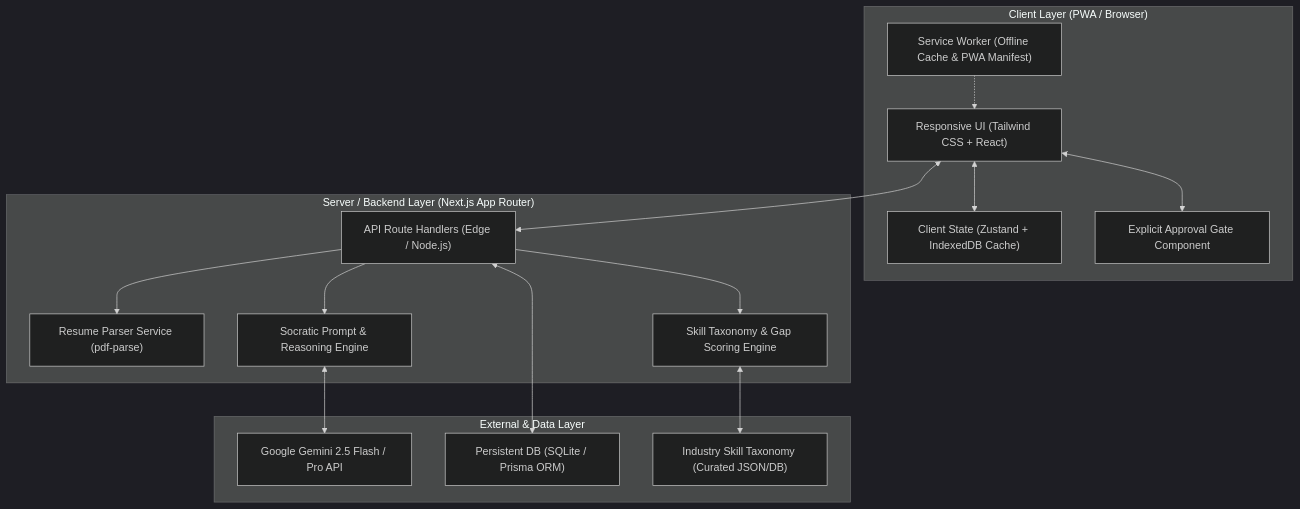
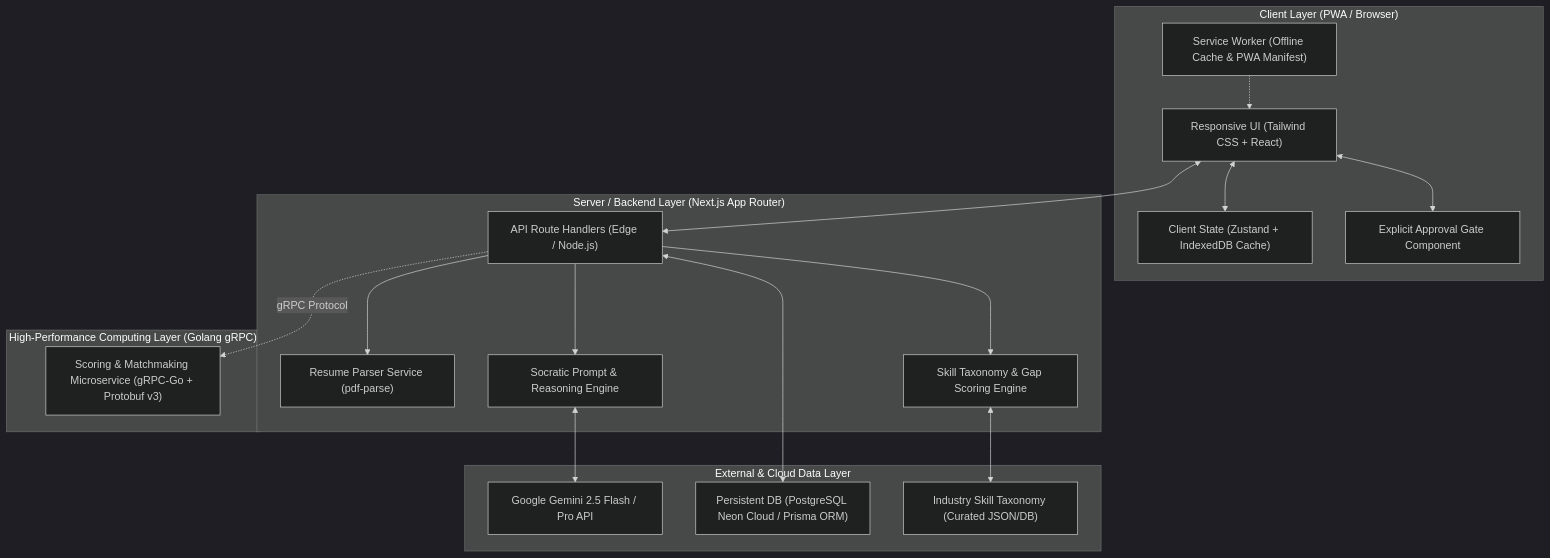
One commit to rikiardiansyah-web/CareerStudentAI changed the diagram in TechSpec.md. Above: the diagram before and after it, drawn with Mermaid (dark theme). The commit also changed 2 other files, not shown here.

Commit message:
docs: synchronize PROPOSAL, TechSpec, and Schema with Golang gRPC, PostgreSQL, and Vercel cloud deployment

````diff
--- a/TechSpec.md
+++ b/TechSpec.md
@@ -10,35 +10,40 @@
 ```mermaid
 flowchart TD
     subgraph Client ["Client Layer (PWA / Browser)"]
         UI["Responsive UI (Tailwind CSS + React)"]
         SW["Service Worker (Offline Cache & PWA Manifest)"]
         Store["Client State (Zustand + IndexedDB Cache)"]
         Gate["Explicit Approval Gate Component"]
     end
 
     subgraph Server ["Server / Backend Layer (Next.js App Router)"]
         RouteHandlers["API Route Handlers (Edge / Node.js)"]
         PDFParser["Resume Parser Service (pdf-parse)"]
         PromptEngine["Socratic Prompt & Reasoning Engine"]
         TaxonomyEngine["Skill Taxonomy & Gap Scoring Engine"]
     end
 
-    subgraph DataAI ["External & Data Layer"]
+    subgraph GoMicroservice ["High-Performance Computing Layer (Golang gRPC)"]
+        ScoringService["Scoring & Matchmaking Microservice (gRPC-Go + Protobuf v3)"]
+    end
+
+    subgraph DataAI ["External & Cloud Data Layer"]
         GeminiAPI["Google Gemini 2.5 Flash / Pro API"]
-        LocalDB["Persistent DB (SQLite / Prisma ORM)"]
+        CloudDB["Persistent DB (PostgreSQL Neon Cloud / Prisma ORM)"]
         TaxonomyData["Industry Skill Taxonomy (Curated JSON/DB)"]
     end
 
     UI <--> RouteHandlers
     UI <--> Gate
     UI <--> Store
     SW -.-> UI
 
     RouteHandlers --> PDFParser
     RouteHandlers --> PromptEngine
     RouteHandlers --> TaxonomyEngine
+    RouteHandlers -.->|gRPC Protocol| ScoringService
 
     PromptEngine <--> GeminiAPI
     TaxonomyEngine <--> TaxonomyData
-    RouteHandlers <--> LocalDB
+    RouteHandlers <--> CloudDB
 ```
````
